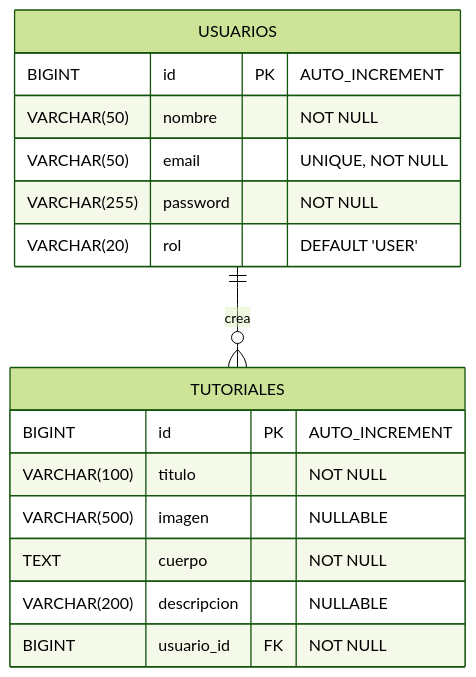
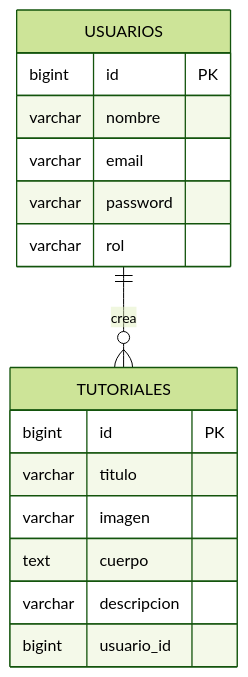
One commit to ssmarquezk/evaluacion_2_bedroom_game_dev changed the diagram in README.md. Above: the diagram before and after it, drawn with Mermaid (forest theme). The commit also changed other lines of this file and 14 other files, not shown here.

````diff
--- a/README.md
+++ b/README.md
@@ -62,21 +64,21 @@
 ```mermaid
 erDiagram
     USUARIOS {
-        BIGINT id PK "AUTO_INCREMENT"
-        VARCHAR(50) nombre "NOT NULL"
-        VARCHAR(50) email "UNIQUE, NOT NULL"
-        VARCHAR(255) password "NOT NULL"
-        VARCHAR(20) rol "DEFAULT 'USER'"
+        bigint id PK
+        varchar nombre
+        varchar email
+        varchar password
+        varchar rol
     }
-    
+
     TUTORIALES {
-        BIGINT id PK "AUTO_INCREMENT"
-        VARCHAR(100) titulo "NOT NULL"
-        VARCHAR(500) imagen "NULLABLE"
-        TEXT cuerpo "NOT NULL"
-        VARCHAR(200) descripcion "NULLABLE"
-        BIGINT usuario_id FK "NOT NULL"
+        bigint id PK
+        varchar titulo
+        varchar imagen
+        text cuerpo
+        varchar descripcion
+        bigint usuario_id
     }
-    
+
     USUARIOS ||--o{ TUTORIALES : "crea"
 ```
````
